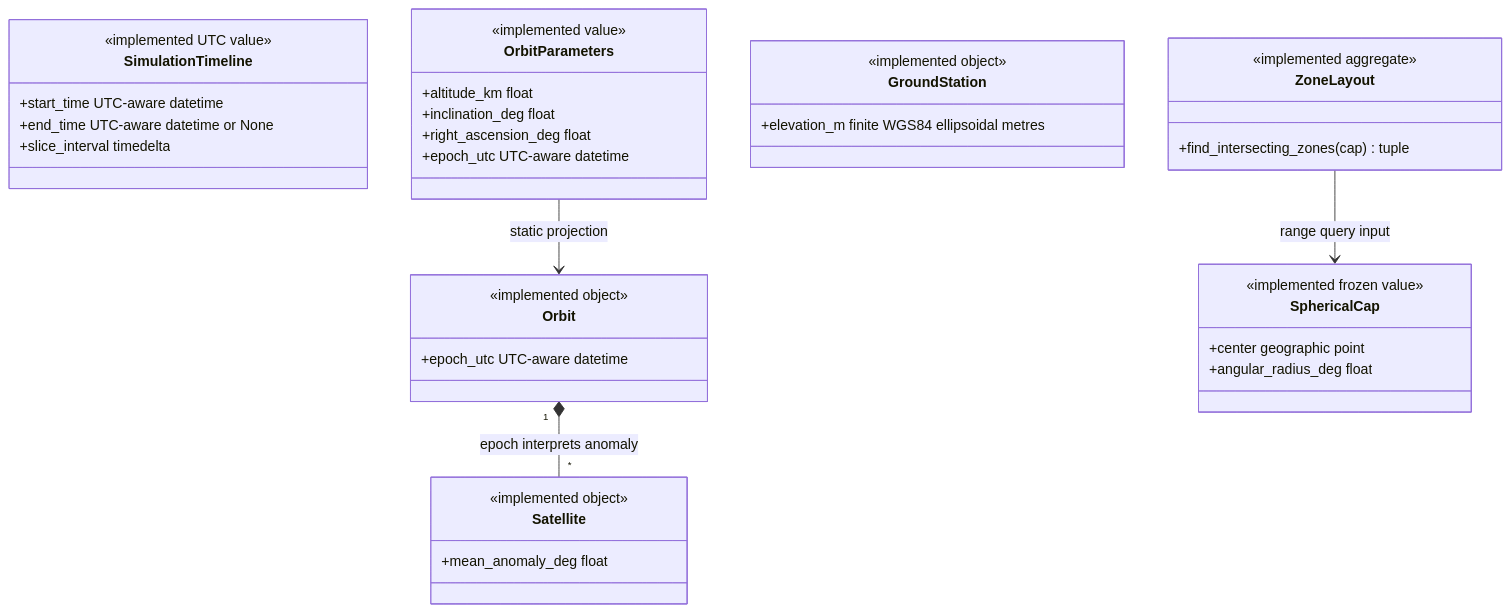
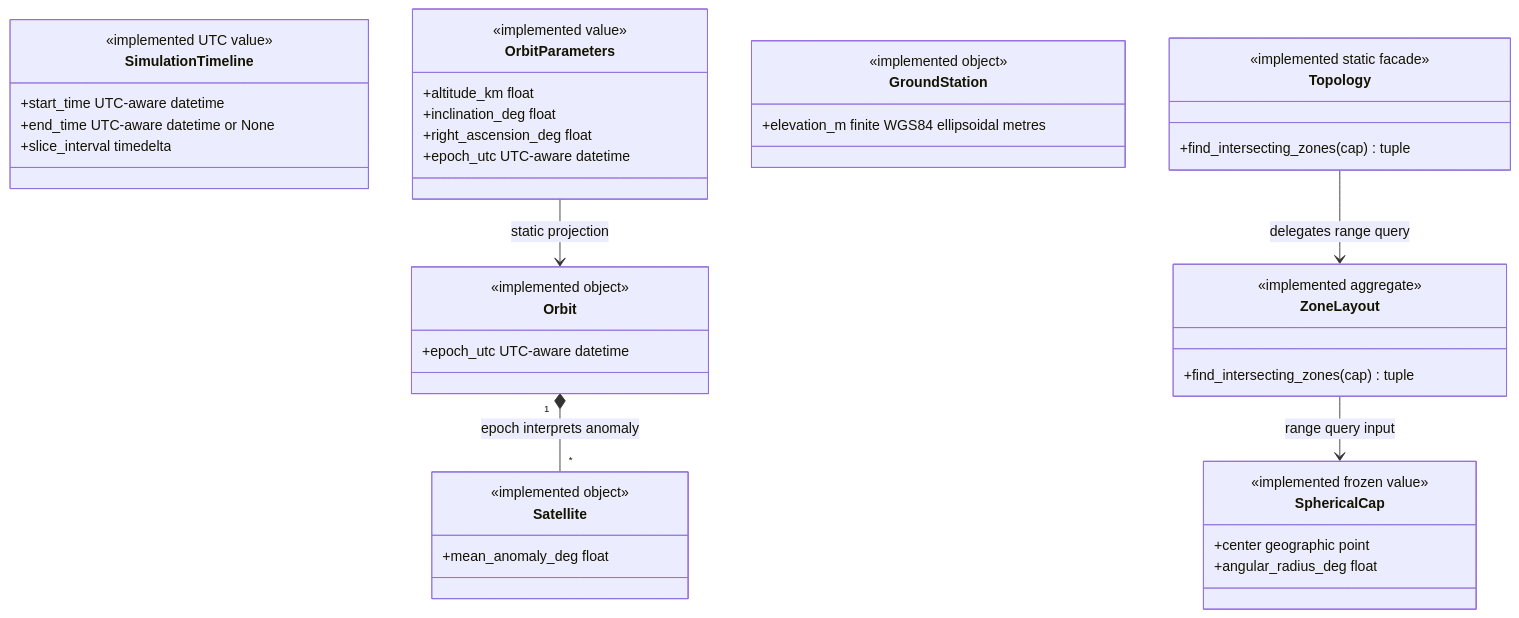
The seventh of 10 diagrams in skyseed_v2/docs/architecture/conceptual-class-diagrams.md (seed-labs/skyseed), drawn with Mermaid before and after one commit. The commit also changed other lines of this file and 44 other files, not shown here.

````diff
--- a/skyseed_v2/docs/architecture/conceptual-class-diagrams.md
+++ b/skyseed_v2/docs/architecture/conceptual-class-diagrams.md
@@ -365,41 +369,46 @@
 ```mermaid
 classDiagram
     class SimulationTimeline {
         <<implemented UTC value>>
         +start_time UTC-aware datetime
         +end_time UTC-aware datetime or None
         +slice_interval timedelta
     }
     class OrbitParameters {
         <<implemented value>>
         +altitude_km float
         +inclination_deg float
         +right_ascension_deg float
         +epoch_utc UTC-aware datetime
     }
     class Orbit {
         <<implemented object>>
         +epoch_utc UTC-aware datetime
     }
     class Satellite {
         <<implemented object>>
         +mean_anomaly_deg float
     }
     class GroundStation {
         <<implemented object>>
         +elevation_m finite WGS84 ellipsoidal metres
     }
     class SphericalCap {
         <<implemented frozen value>>
         +center geographic point
         +angular_radius_deg float
     }
     class ZoneLayout {
         <<implemented aggregate>>
         +find_intersecting_zones(cap) tuple
     }
+    class Topology {
+        <<implemented static facade>>
+        +find_intersecting_zones(cap) tuple
+    }
 
     OrbitParameters --> Orbit : static projection
     Orbit "1" *-- "*" Satellite : epoch interprets anomaly
+    Topology --> ZoneLayout : delegates range query
     ZoneLayout --> SphericalCap : range query input
 ```
````
